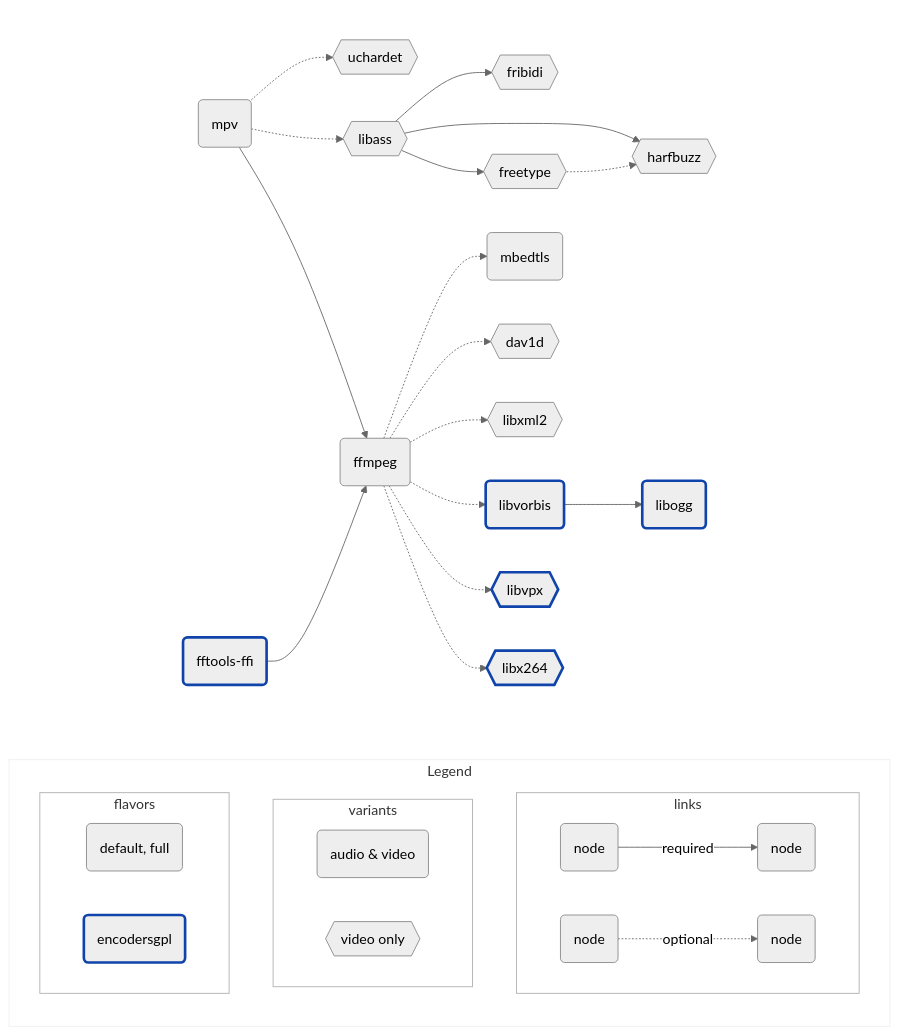
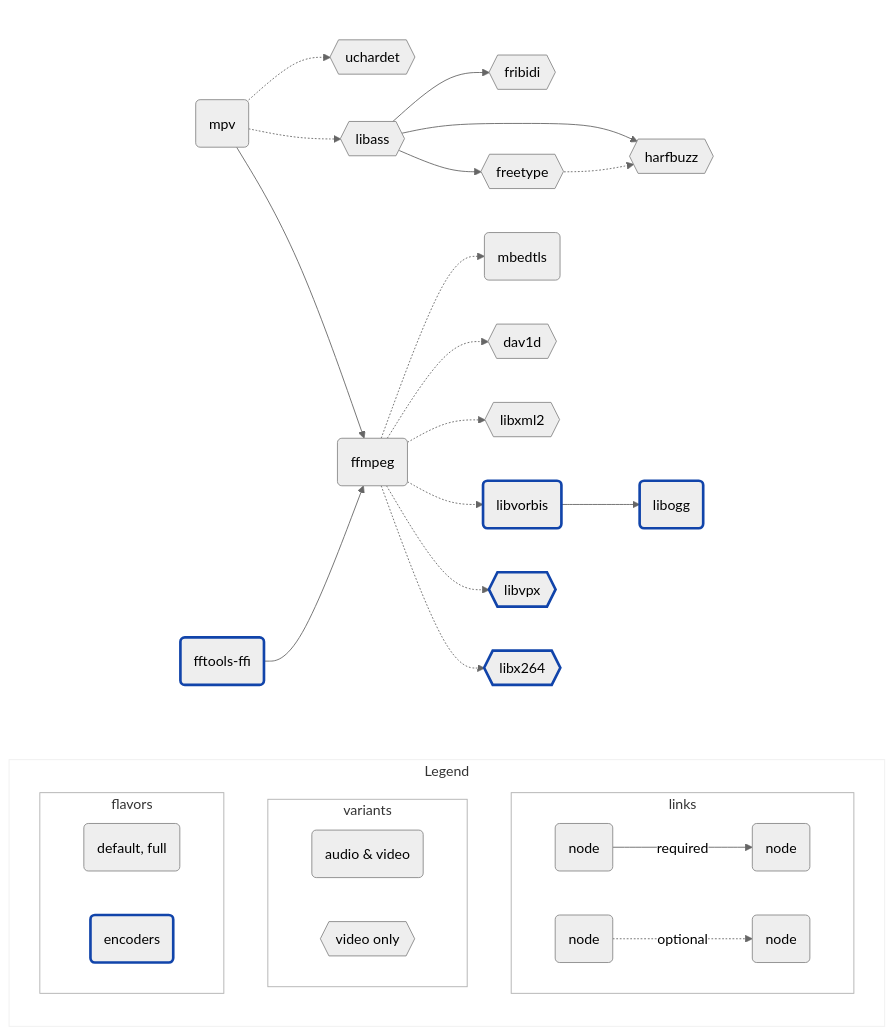
One commit to media-kit/libmpv-darwin-build changed the diagram in README.md. Above: the diagram before and after it, drawn with Mermaid (neutral theme). The commit also changed other lines of this file and 5 other files, not shown here.

Commit message:
refactor: rename encodersgpl flavor to encoders

````diff
--- a/README.md
+++ b/README.md
@@ -111,56 +111,56 @@
 ```mermaid
 flowchart LR
     subgraph legend[Legend]
         direction TB
         subgraph links
             P(node):::decoders -- "required" --> Q(node):::decoders
             R(node):::decoders -. "optional" .-> S(node):::decoders
         end
 
         subgraph variants
             T(audio & video):::decoders
             U{{video only}}:::decoders
         end
 
         subgraph flavors
             V(default, full):::decoders
-            W(encodersgpl):::encoders
+            W(encoders):::encoders
         end
     end
 
     subgraph content[ ]
         direction LR
         A(mpv):::decoders -.-> B{{uchardet}}:::decoders
         A                 -.-> C{{libass}}:::decoders
         A                 -->  D(ffmpeg):::decoders
 
         E(fftools-ffi):::encoders --> D
 
         %% libass
         C -->  F{{fribidi}}:::decoders
         C -->  G{{harfbuzz}}:::decoders
         C -->  H{{freetype}}:::decoders
         H -.-> G
 
         %% ffmpeg
         D -.-> I(mbedtls):::decoders
         D -.-> J{{dav1d}}:::decoders
         D -.-> K{{libxml2}}:::decoders
         D -.-> L(libvorbis):::encoders
         D -.-> M{{libvpx}}:::encoders
         D -.-> N{{libx264}}:::encoders
         L -->  O(libogg):::encoders
     end
 
     classDef decoders stroke:#888
     classDef encoders stroke:#14a,stroke-width:3px
     classDef legend fill:transparent,stroke:#8882
     classDef content fill:transparent,stroke:transparent
     classDef card fill:transparent,stroke:#888a
 
     legend:::legend
     content:::content
     links:::card
     variants:::card
     flavors:::card
 ```
````
